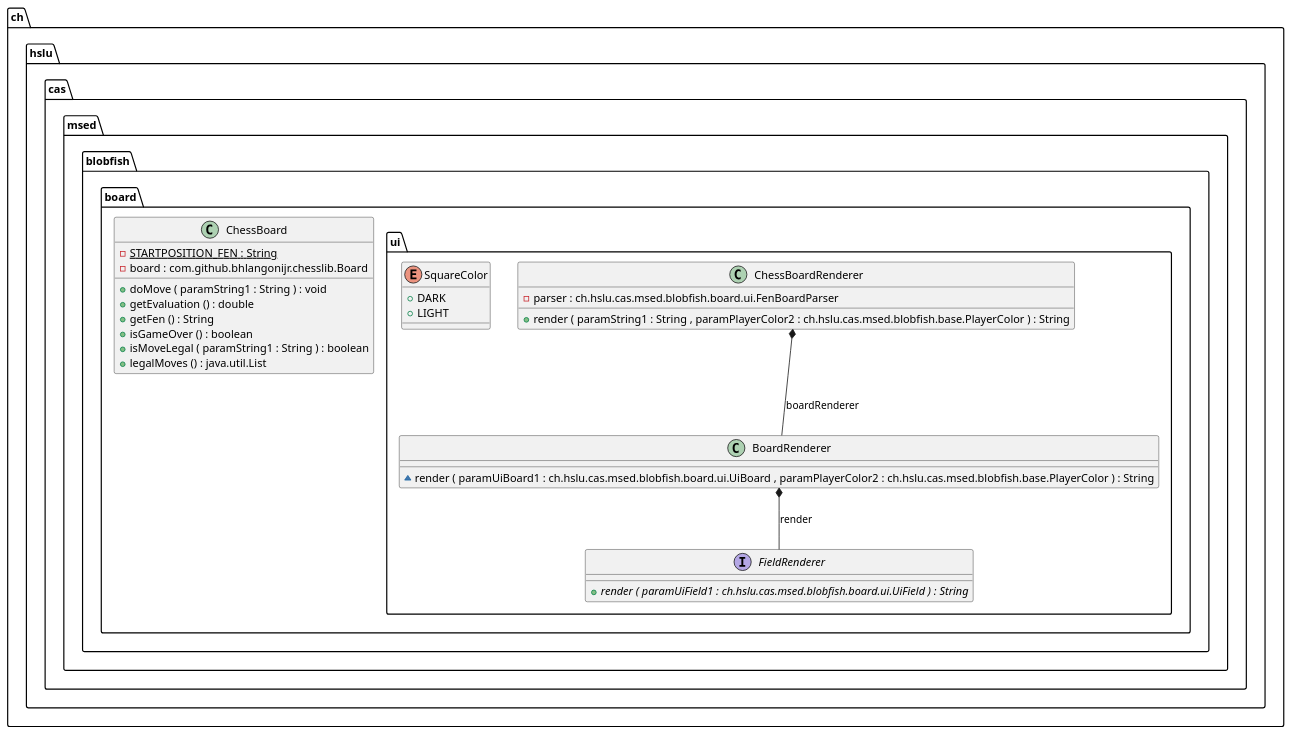
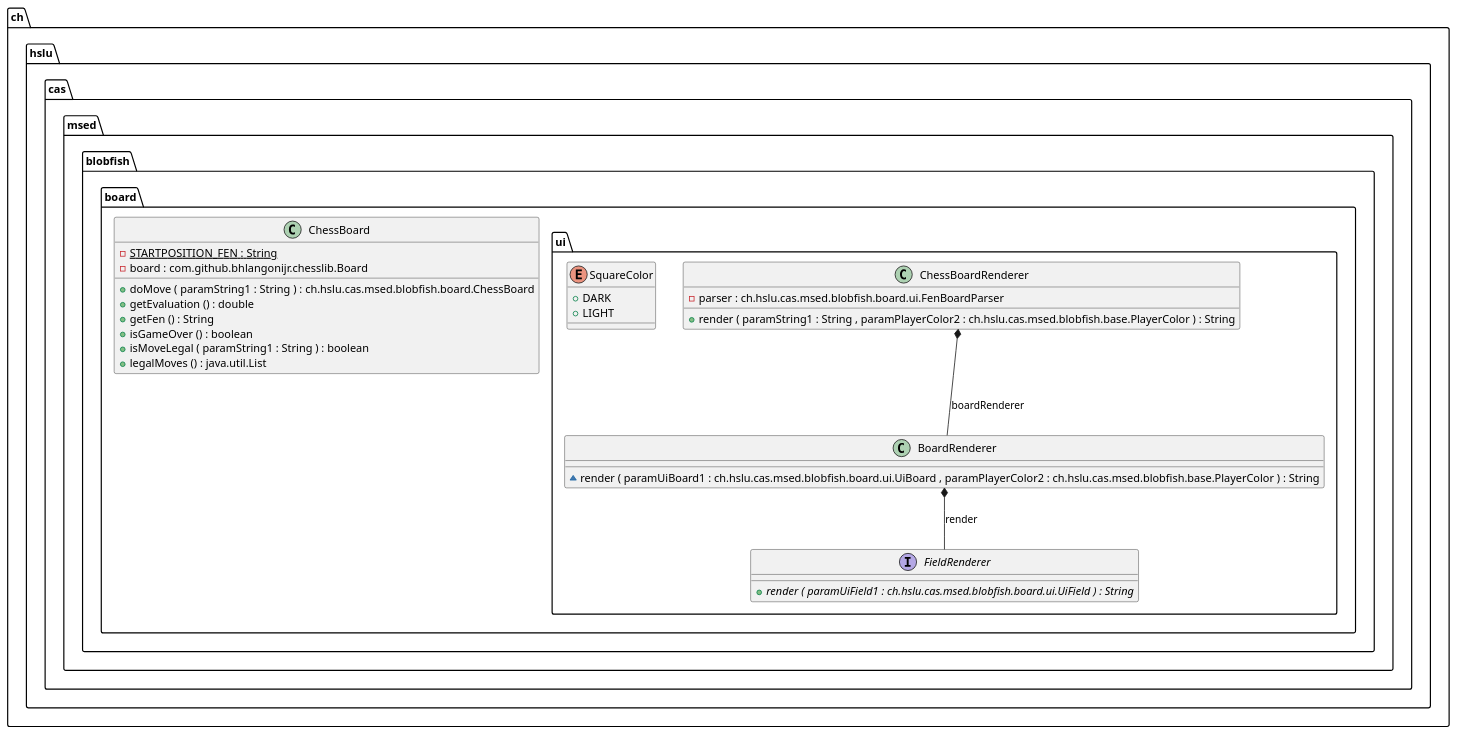
The diagram in docs/generated-diagrams/board.puml (l2c0r3/blobfish), drawn with PlantUML before and after one commit. The commit also changed 3 other files, not shown here.

Commit message:
update generated UML diagrams

```diff
--- a/docs/generated-diagrams/board.puml
+++ b/docs/generated-diagrams/board.puml
@@ -1,43 +1,43 @@
 @startuml
 
 class ch.hslu.cas.msed.blobfish.board.ChessBoard {
 	{field} {static} -STARTPOSITION_FEN : String
 	{field} -board : com.github.bhlangonijr.chesslib.Board
-	{method} +doMove ( paramString1 : String ) : void
+	{method} +doMove ( paramString1 : String ) : ch.hslu.cas.msed.blobfish.board.ChessBoard
 	{method} +getEvaluation () : double
 	{method} +getFen () : String
 	{method} +isGameOver () : boolean
 	{method} +isMoveLegal ( paramString1 : String ) : boolean
 	{method} +legalMoves () : java.util.List
 }
 
 
 class ch.hslu.cas.msed.blobfish.board.ui.BoardRenderer {
 	{method} ~render ( paramUiBoard1 : ch.hslu.cas.msed.blobfish.board.ui.UiBoard , paramPlayerColor2 : ch.hslu.cas.msed.blobfish.base.PlayerColor ) : String
 }
 
 
 class ch.hslu.cas.msed.blobfish.board.ui.ChessBoardRenderer {
 	{field} -parser : ch.hslu.cas.msed.blobfish.board.ui.FenBoardParser
 	{method} +render ( paramString1 : String , paramPlayerColor2 : ch.hslu.cas.msed.blobfish.base.PlayerColor ) : String
 }
 
 
 interface ch.hslu.cas.msed.blobfish.board.ui.FieldRenderer {
 	{method}  {abstract} +render ( paramUiField1 : ch.hslu.cas.msed.blobfish.board.ui.UiField ) : String
 }
 
 
 enum ch.hslu.cas.msed.blobfish.board.ui.SquareColor {
 	{field} +DARK
 	{field} +LIGHT
 }
 
 
 
 
 ch.hslu.cas.msed.blobfish.board.ui.BoardRenderer *--  ch.hslu.cas.msed.blobfish.board.ui.FieldRenderer : render
 ch.hslu.cas.msed.blobfish.board.ui.ChessBoardRenderer *--  ch.hslu.cas.msed.blobfish.board.ui.BoardRenderer : boardRenderer
 
 
 @enduml
```
